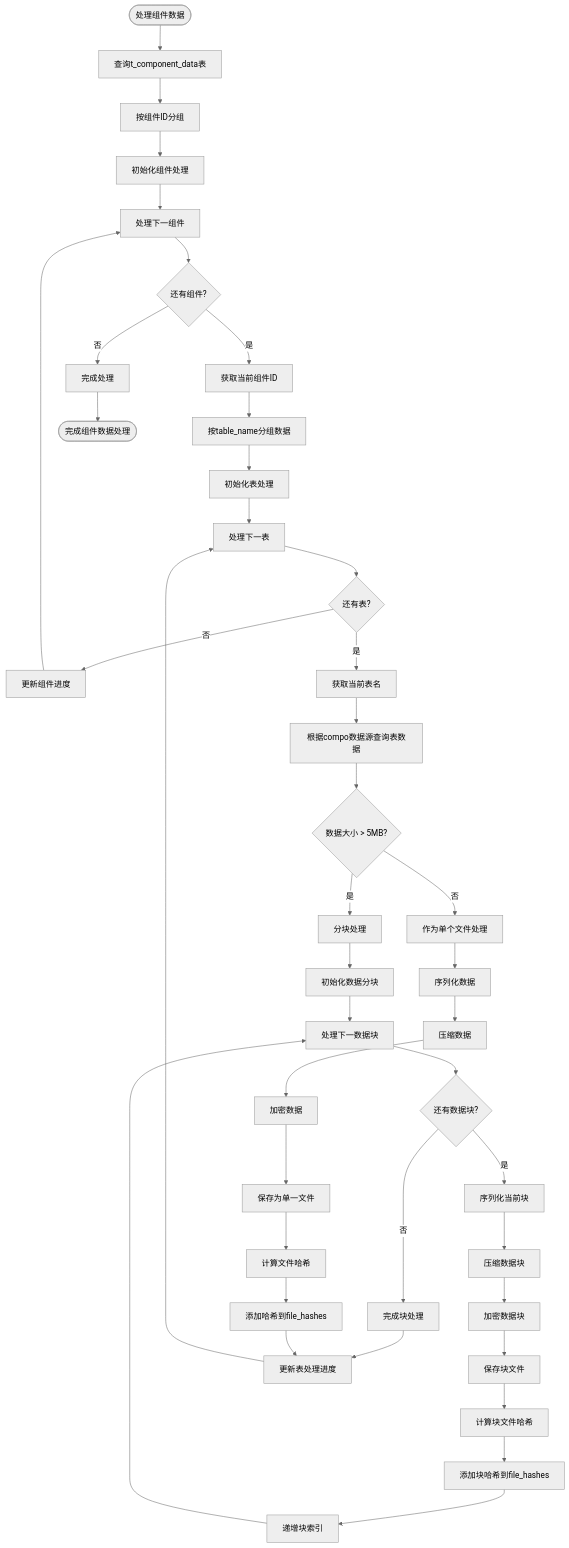
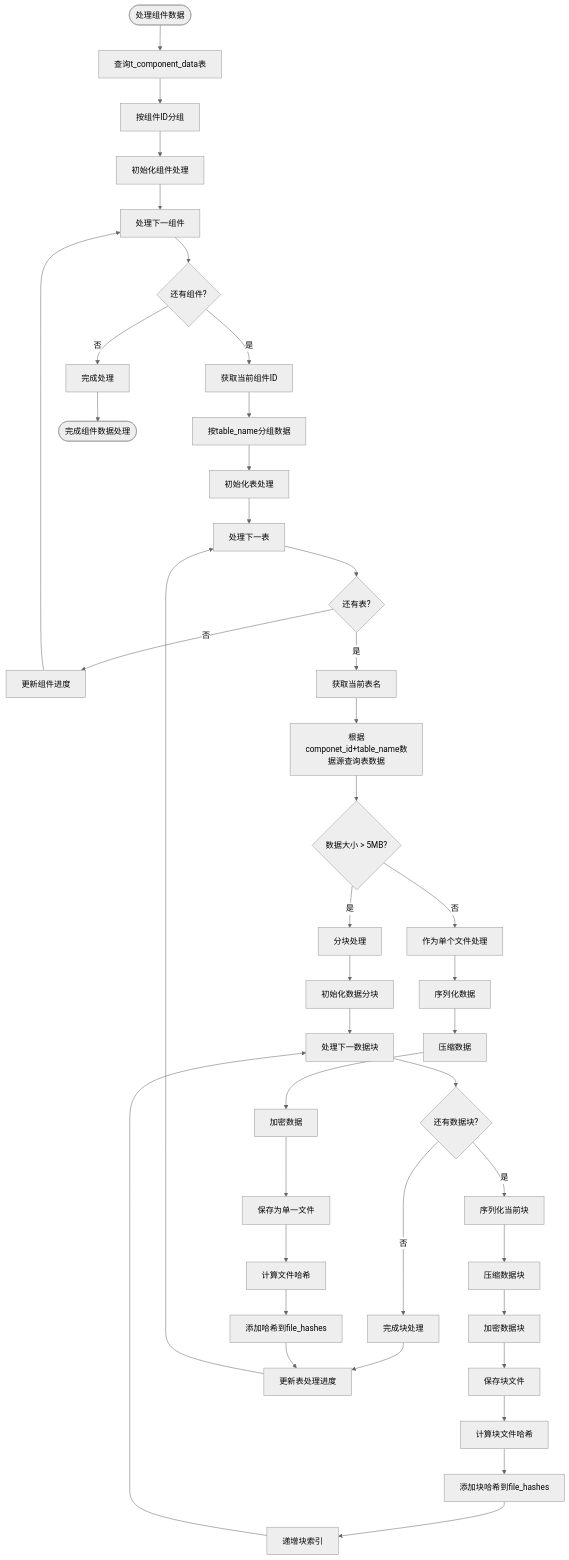
One commit to yingjianzh/iodraw-files changed the diagram in all/未命名-53.md. Above: the diagram before and after it, drawn with Mermaid (neutral theme).

Commit message:
2025-05-09 15:43:25 update

````diff
--- a/all/未命名-53.md
+++ b/all/未命名-53.md
@@ -1,59 +1,59 @@
 ```mermaid
 
 flowchart TD
     Start([处理组件数据]) --> QueryDB[查询t_component_data表]
     QueryDB --> GroupByComp[按组件ID分组]
     GroupByComp --> InitCompProcess[初始化组件处理]
     
     InitCompProcess --> ProcessNextComp[处理下一组件]
     ProcessNextComp --> MoreComps{还有组件?}
     MoreComps -->|否| CompleteProcess[完成处理]
     MoreComps -->|是| GetCompID[获取当前组件ID]
     
     GetCompID --> GroupByTable[按table_name分组数据]
     GroupByTable --> InitTableProcess[初始化表处理]
     
     InitTableProcess --> ProcessNextTable[处理下一表]
     ProcessNextTable --> MoreTables{还有表?}
     MoreTables -->|否| UpdateCompProgress[更新组件进度]
     MoreTables -->|是| GetTableName[获取当前表名]
     
     UpdateCompProgress --> ProcessNextComp
     
-    GetTableName --> QueryTableData[根据compo数据源查询表数据]
+    GetTableName --> QueryTableData[根据componet_id+table_name数据源查询表数据]
     QueryTableData --> DataSize{数据大小 > 5MB?}
     
     DataSize -->|否| ProcessSingleFile[作为单个文件处理]
     DataSize -->|是| ProcessMultipleChunks[分块处理]
     
     ProcessSingleFile --> SerializeData[序列化数据]
     SerializeData --> CompressData[压缩数据]
     CompressData --> EncryptData[加密数据]
     EncryptData --> SaveSingleFile[保存为单一文件]
     SaveSingleFile --> CalcFileHash[计算文件哈希]
     CalcFileHash --> AddToFileHashes[添加哈希到file_hashes]
     
 
 
     ProcessMultipleChunks --> InitChunks[初始化数据分块]
     InitChunks --> ProcessNextChunk[处理下一数据块]
     
     ProcessNextChunk --> MoreChunks{还有数据块?}
     MoreChunks -->|否| CompleteChunks[完成块处理]
     MoreChunks -->|是| SerializeChunk[序列化当前块]
     
     SerializeChunk --> CompressChunk[压缩数据块]
     CompressChunk --> EncryptChunk[加密数据块]
     EncryptChunk --> SaveChunkFile[保存块文件]
     SaveChunkFile --> CalcChunkHash[计算块文件哈希]
     CalcChunkHash --> AddChunkHash[添加块哈希到file_hashes]
     AddChunkHash --> IncrementChunkIndex[递增块索引]
     IncrementChunkIndex --> ProcessNextChunk
     
     CompleteChunks --> UpdateTableProgress[更新表处理进度]
     AddToFileHashes --> UpdateTableProgress
     UpdateTableProgress --> ProcessNextTable
     
     CompleteProcess --> End([完成组件数据处理])
 
 ```
````
